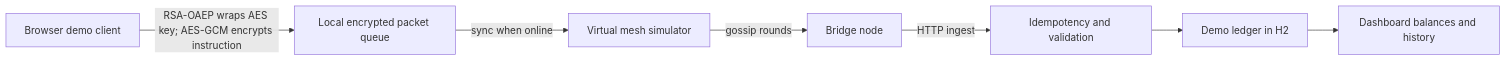
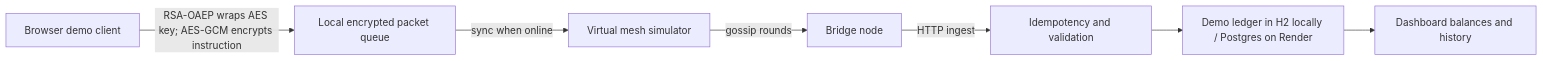
Before and after one commit to Shitanshu-Shekhar/UPI-Offline-Mesh: the diagram in README.md, drawn with Mermaid. The commit also changed other lines of this file and 18 other files, not shown here.

Commit message:
Complete MeshPay sandbox flows and persistence

````diff
--- a/README.md
+++ b/README.md
@@ -28,9 +28,9 @@
 ```mermaid
 flowchart LR
     A[Browser demo client] -->|RSA-OAEP wraps AES key; AES-GCM encrypts instruction| Q[Local encrypted packet queue]
     Q -->|sync when online| M[Virtual mesh simulator]
     M -->|gossip rounds| B[Bridge node]
     B -->|HTTP ingest| I[Idempotency and validation]
-    I --> L[Demo ledger in H2]
+    I --> L[Demo ledger in H2 locally / Postgres on Render]
     L --> D[Dashboard balances and history]
 ```
````
